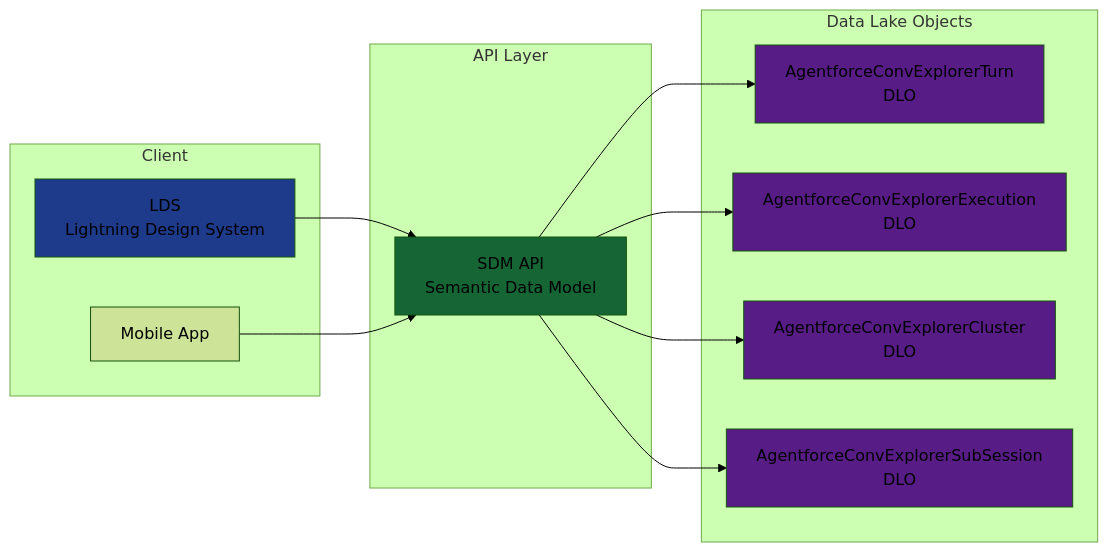
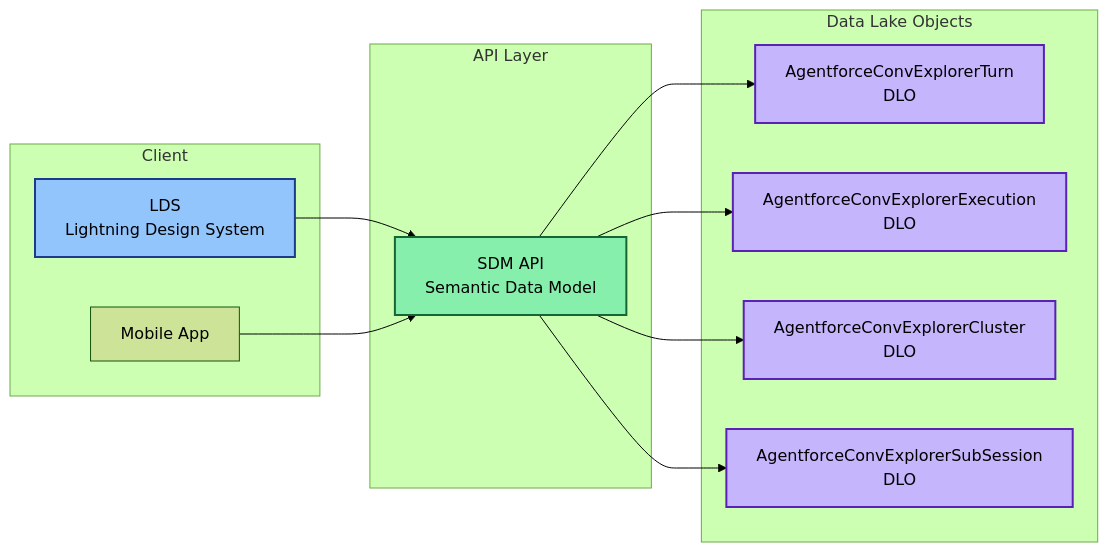
One commit to arupsarkar-sfdc/Misc changed the sixth of 11 diagrams in agentforce/observability/README_Agentforce_Observability_System_Architecture.md. Above: the diagram before and after it, drawn with Mermaid (forest theme). The commit also changed other lines of this file, not shown here.

````diff
--- a/agentforce/observability/README_Agentforce_Observability_System_Architecture.md
+++ b/agentforce/observability/README_Agentforce_Observability_System_Architecture.md
@@ -542,33 +548,33 @@
 ```mermaid
 graph LR
     subgraph "Client"
         LDS[LDS<br/>Lightning Design System]
         MOBILE[Mobile App]
     end
     
     subgraph "API Layer"
         SDM[SDM API<br/>Semantic Data Model]
     end
     
     subgraph "Data Lake Objects"
         TURN[AgentforceConvExplorerTurn<br/>DLO]
         EXEC[AgentforceConvExplorerExecution<br/>DLO]
         CLUSTER[AgentforceConvExplorerCluster<br/>DLO]
         SUBSESS[AgentforceConvExplorerSubSession<br/>DLO]
     end
     
     LDS --> SDM
     MOBILE --> SDM
     
     SDM --> TURN
     SDM --> EXEC
     SDM --> CLUSTER
     SDM --> SUBSESS
     
-    style LDS fill:#1e3a8a
-    style SDM fill:#166534
-    style TURN fill:#581c87
-    style EXEC fill:#581c87
-    style CLUSTER fill:#581c87
-    style SUBSESS fill:#581c87
+    style LDS fill:#93c5fd,stroke:#1e3a8a,stroke-width:2px,color:#000
+    style SDM fill:#86efac,stroke:#166534,stroke-width:2px,color:#000
+    style TURN fill:#c4b5fd,stroke:#5b21b6,stroke-width:2px,color:#000
+    style EXEC fill:#c4b5fd,stroke:#5b21b6,stroke-width:2px,color:#000
+    style CLUSTER fill:#c4b5fd,stroke:#5b21b6,stroke-width:2px,color:#000
+    style SUBSESS fill:#c4b5fd,stroke:#5b21b6,stroke-width:2px,color:#000
 ```
````
